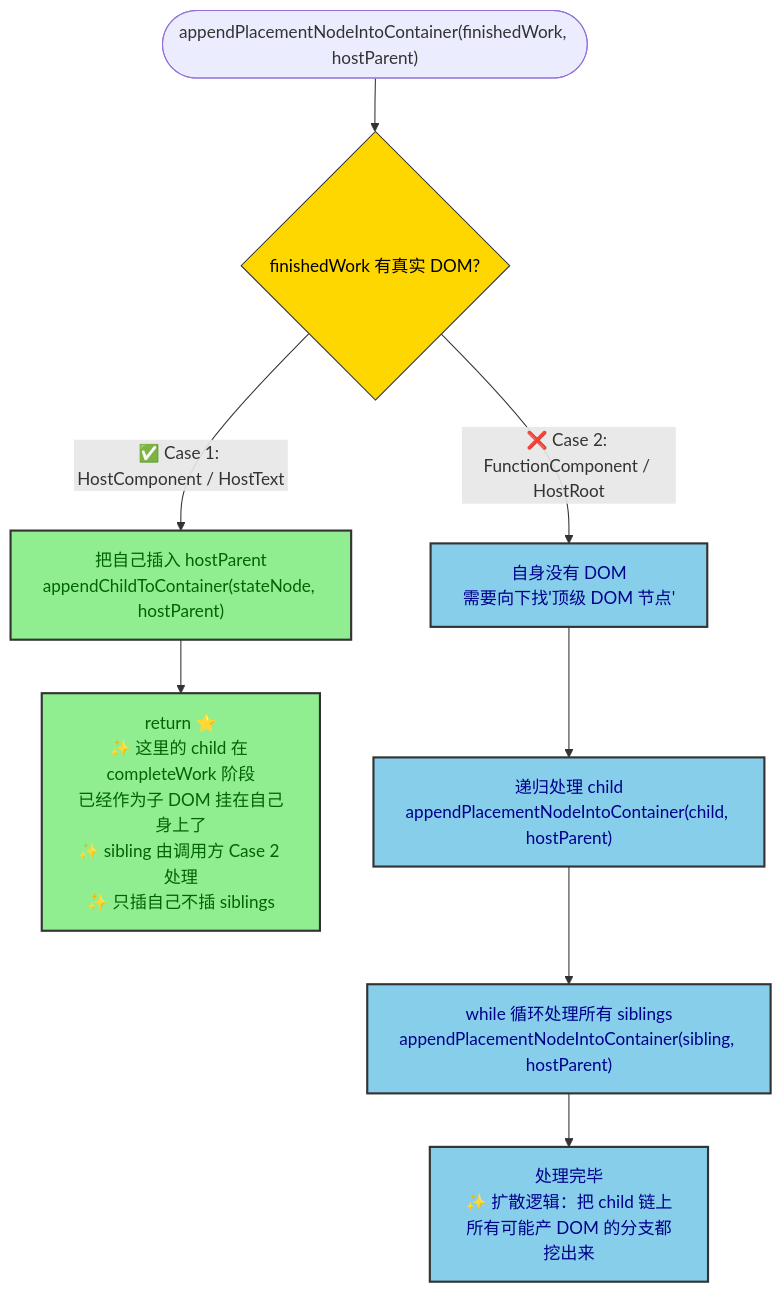
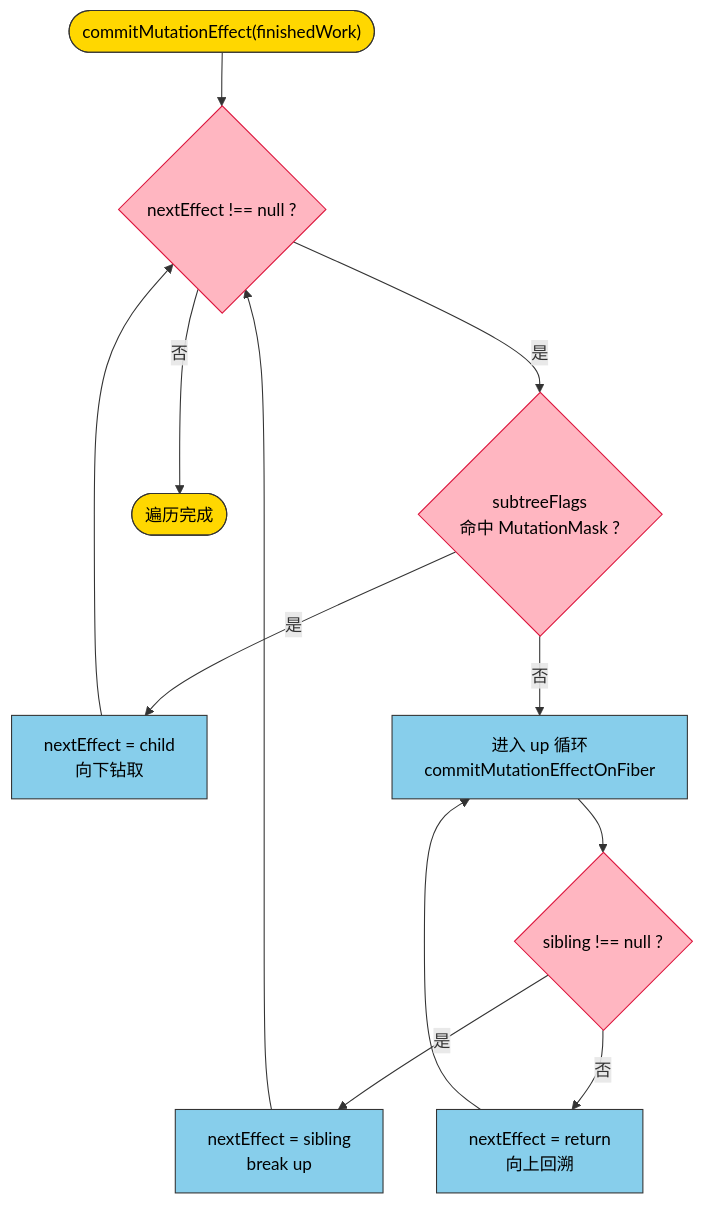
The first of 2 diagrams in packages/react-reconciler/src/commitWork.md (SecondDragon/big-react), drawn with Mermaid before and after one commit. The commit also changed other lines of this file and 16 other files, not shown here.

````diff
--- a/packages/react-reconciler/src/commitWork.md
+++ b/packages/react-reconciler/src/commitWork.md
@@ -57,18 +11,22 @@
 ```mermaid
 flowchart TB
-    START(["appendPlacementNodeIntoContainer(finishedWork, hostParent)"]) --> JUDGE{finishedWork 有真实 DOM?}
-    JUDGE -->|"✅ Case 1: HostComponent / HostText"| C1["把自己插入 hostParent<br/>appendChildToContainer(stateNode, hostParent)"]
-    C1 --> C1_RETURN["return ⭐<br/>✨ 这里的 child 在 completeWork 阶段<br/>已经作为子 DOM 挂在自己身上了<br/>✨ sibling 由调用方 Case 2 处理<br/>✨ 只插自己不插 siblings"]
+    START(["commitMutationEffect(finishedWork)"]) --> LOOP{"nextEffect !== null ?"}
+    LOOP -->|是| DRILL{"subtreeFlags<br/>命中 MutationMask ?"}
+    DRILL -->|是| DOWN["nextEffect = child<br/>向下钻取"]
+    DOWN --> LOOP
+    DRILL -->|否| UP["进入 up 循环<br/>commitMutationEffectOnFiber"]
+    UP --> HASSIB{"sibling !== null ?"}
+    HASSIB -->|是| SIB["nextEffect = sibling<br/>break up"]
+    SIB --> LOOP
+    HASSIB -->|否| BACK["nextEffect = return<br/>向上回溯"]
+    BACK --> UP
+    LOOP -->|否| END(["遍历完成"])
 
-    JUDGE -->|"❌ Case 2: FunctionComponent / HostRoot"| C2["自身没有 DOM<br/>需要向下找'顶级 DOM 节点'"]
-    C2 --> C2_CHILD["递归处理 child<br/>appendPlacementNodeIntoContainer(child, hostParent)"]
-    C2_CHILD --> C2_SIBLING["while 循环处理所有 siblings<br/>appendPlacementNodeIntoContainer(sibling, hostParent)"]
-    C2_SIBLING --> C2_RETURN["处理完毕<br/>✨ 扩散逻辑：把 child 链上所有可能产 DOM 的分支都挖出来"]
-
-    classDef case1 fill:#90EE90,stroke:#333,stroke-width:2px,color:darkgreen
-    classDef case2 fill:#87CEEB,stroke:#333,stroke-width:2px,color:darkblue
-    classDef decision fill:#FFD700,stroke:#333,color:black
-    class C1,C1_RETURN case1
-    class C2,C2_CHILD,C2_SIBLING,C2_RETURN case2
-    class JUDGE decision
+    classDef start fill:#FFD700,stroke:#333,color:#000
+    classDef process fill:#87CEEB,stroke:#333,color:#000
+    classDef decision fill:#FFB6C1,stroke:#DC143C,color:#000
+    classDef finish fill:#90EE90,stroke:#333,color:#000
+    class START,END start
+    class DOWN,UP,SIB,BACK process
+    class LOOP,DRILL,HASSIB decision
 ```
````
